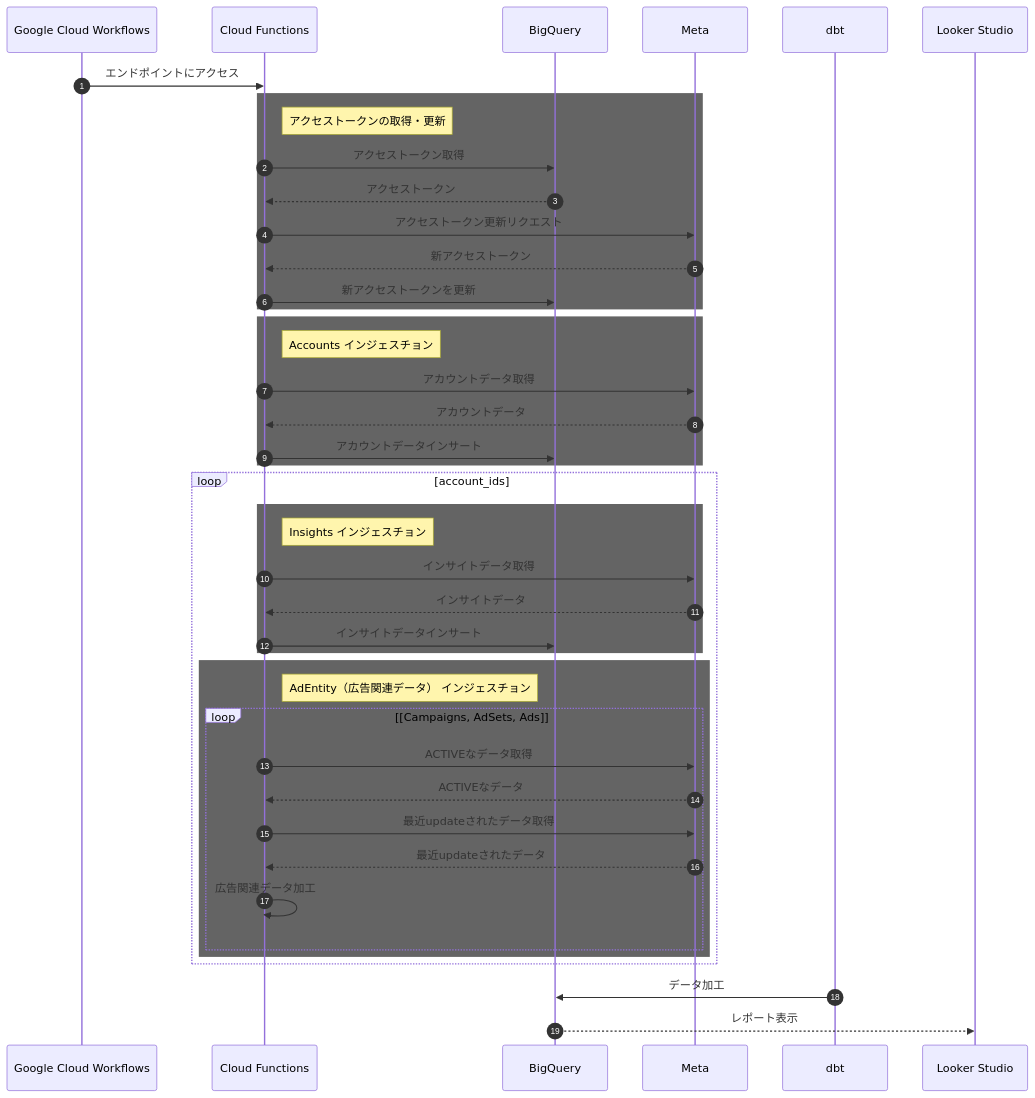
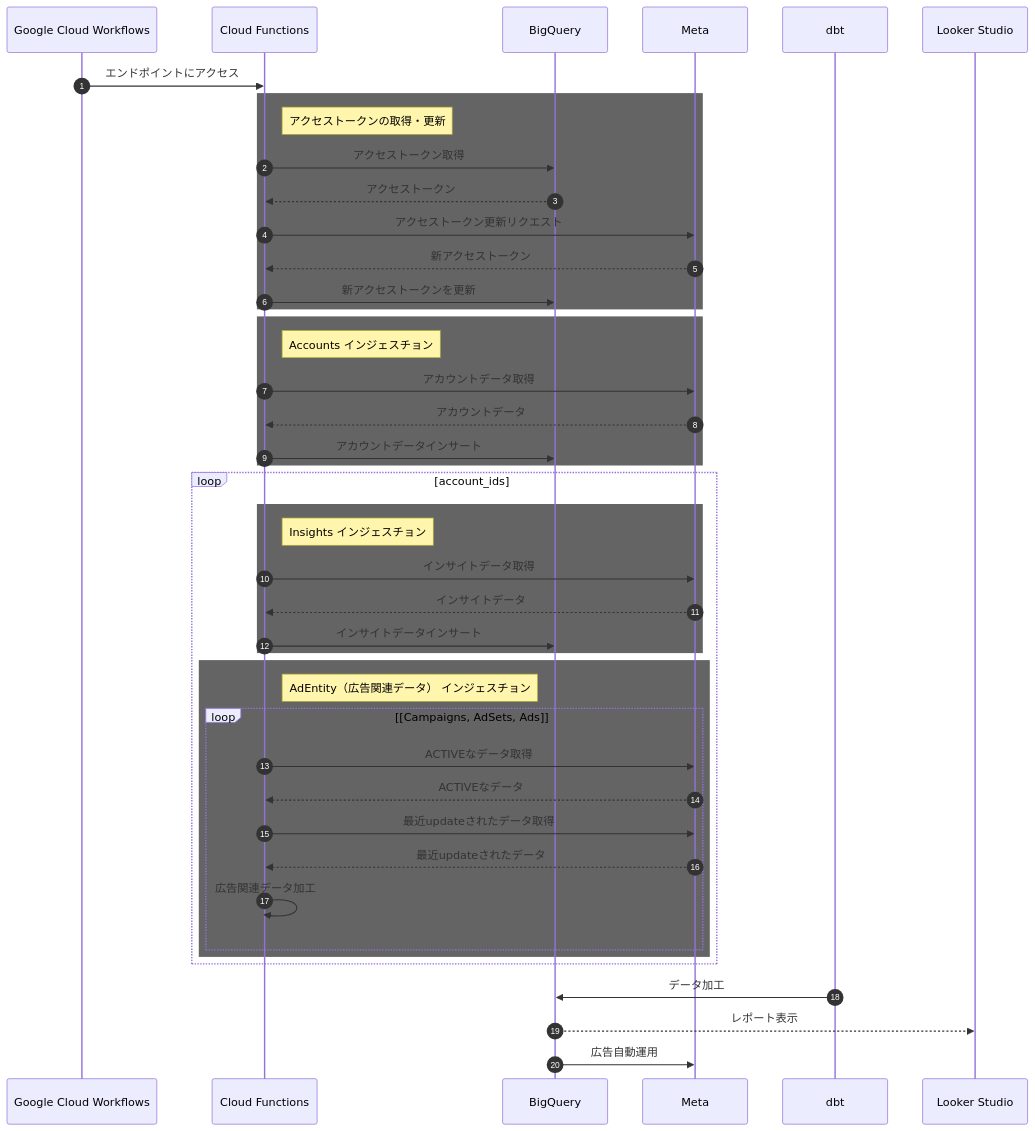
The diagram in meta-privacy-policy/README.md (nobueru/public-document), drawn with Mermaid before and after one commit. The commit also changed other lines of this file, not shown here.

````diff
--- a/meta-privacy-policy/README.md
+++ b/meta-privacy-policy/README.md
@@ -15,48 +15,49 @@
 ```mermaid
 sequenceDiagram
 Autonumber
 participant GCW as Google Cloud Workflows
 participant CF as Cloud Functions
 participant BQ as BigQuery
 participant M as Meta
 participant DBT as dbt
 participant LS as Looker Studio
 GCW->>CF: エンドポイントにアクセス
 rect rgb(100, 100, 100)
 Note right of CF: アクセストークンの取得・更新
 CF->>BQ: アクセストークン取得
 BQ-->>CF: アクセストークン
 CF->>M: アクセストークン更新リクエスト
 M-->>CF: 新アクセストークン
 CF->>BQ: 新アクセストークンを更新
 end
 
 rect rgb(100, 100, 100)
 Note right of CF: Accounts インジェスチョン
 CF->>M: アカウントデータ取得
 M-->>CF: アカウントデータ
 CF->>BQ: アカウントデータインサート
 end
 loop account_ids
 rect rgb(100, 100, 100)
 Note right of CF: Insights インジェスチョン
 CF->>M: インサイトデータ取得
 M-->>CF: インサイトデータ
 CF->>BQ: インサイトデータインサート
 end
 rect rgb(100, 100, 100)
 Note right of CF: AdEntity（広告関連データ） インジェスチョン
 loop [Campaigns, AdSets, Ads]
 CF->>M: ACTIVEなデータ取得
 M-->>CF: ACTIVEなデータ
 CF->>M: 最近updateされたデータ取得
 M-->>CF: 最近updateされたデータ
 CF->>CF: 広告関連データ加工
 end
 end
 end
 
 DBT->>BQ: データ加工
 BQ-->>LS: レポート表示
+BQ->>M: 広告自動運用
 
 ```
````
